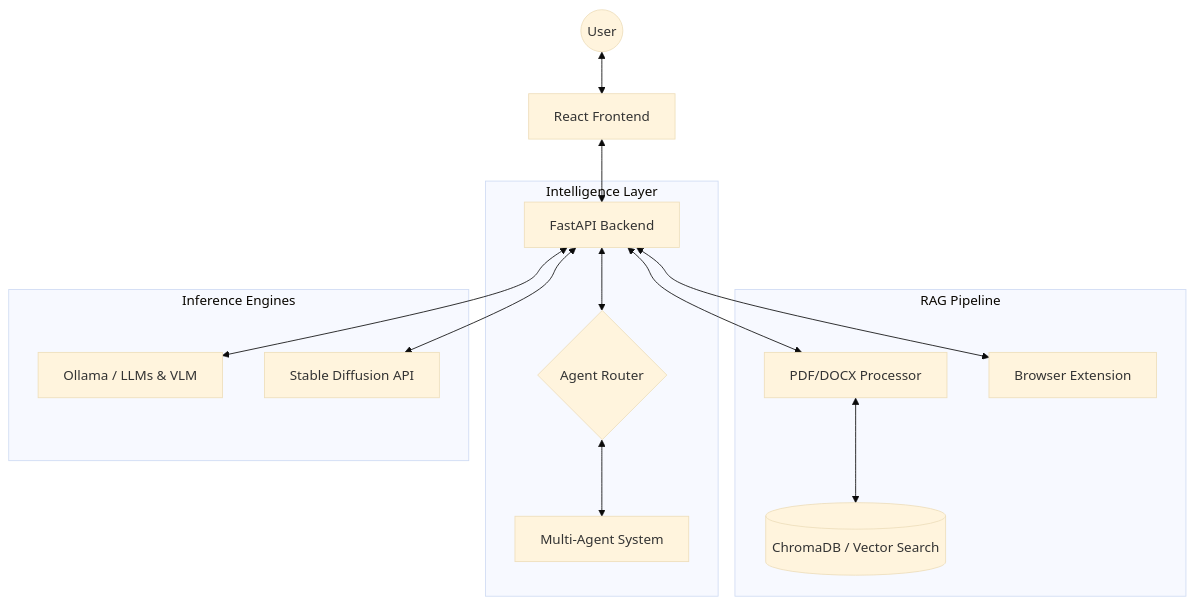
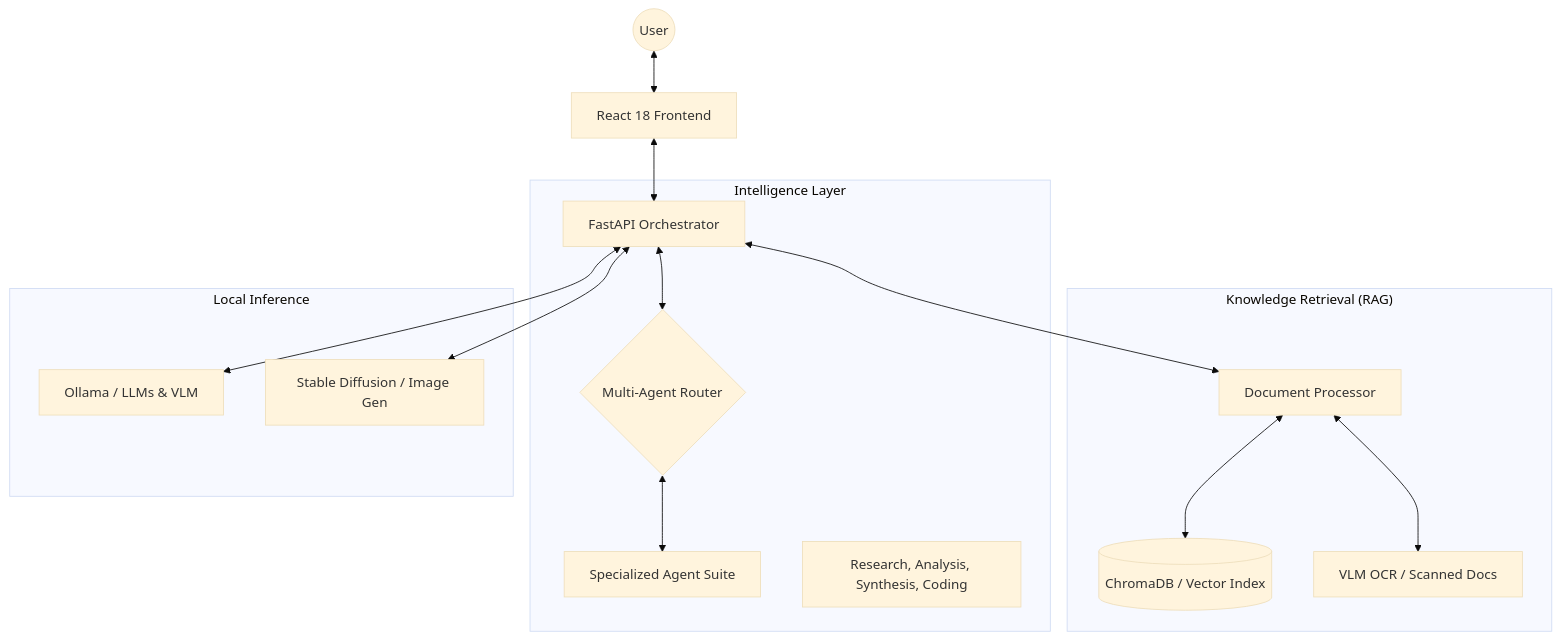
Before and after one commit to AR118luv/ai_brain-main: the diagram in README.md, drawn with Mermaid (base theme). The commit also changed other lines of this file, not shown here.

````diff
--- a/README.md
+++ b/README.md
@@ -30,21 +30,22 @@
 ```mermaid
 graph TD
-    User((User)) <--> UI[React Frontend]
-    UI <--> API[FastAPI Backend]
+    User((User)) <--> UI[React 18 Frontend]
+    UI <--> API[FastAPI Orchestrator]
     
     subgraph "Intelligence Layer"
-        API <--> Router{Agent Router}
-        Router <--> Agents[Multi-Agent System]
+        API <--> Router{Multi-Agent Router}
+        Router <--> Agents[Specialized Agent Suite]
+        note1[Research, Analysis, Synthesis, Coding]
     end
     
-    subgraph "RAG Pipeline"
-        API <--> PDF[PDF/DOCX Processor]
-        PDF <--> Chroma[(ChromaDB / Vector Search)]
-        API <--> Ext[Browser Extension]
+    subgraph "Knowledge Retrieval (RAG)"
+        API <--> Proc[Document Processor]
+        Proc <--> ChromaDB[(ChromaDB / Vector Index)]
+        Proc <--> Scanned[VLM OCR / Scanned Docs]
     end
     
-    subgraph "Inference Engines"
+    subgraph "Local Inference"
         API <--> Ollama[Ollama / LLMs & VLM]
-        API <--> SD[Stable Diffusion API]
+        API <--> SD[Stable Diffusion / Image Gen]
     end
 ```
````
